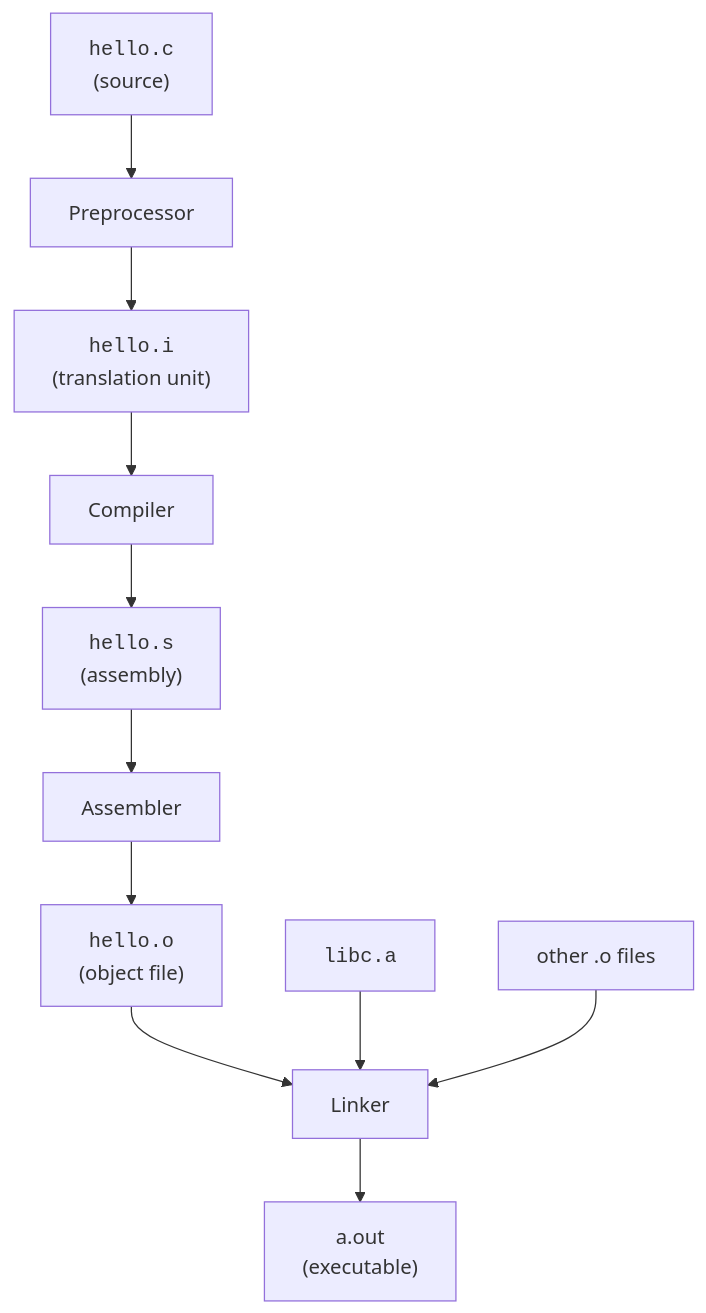
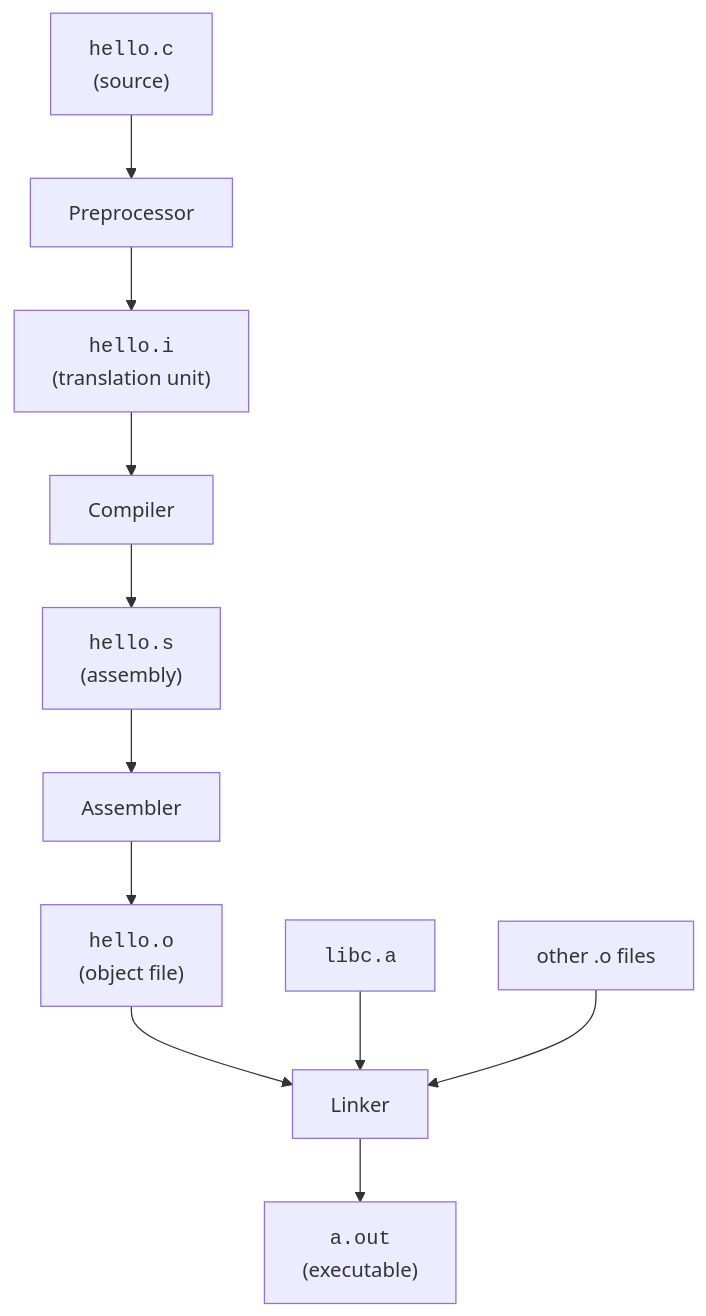
Before and after one commit to dataslope/dataslope: the diagram in content/courses/systems-programming-c/c-toolchain.mdx, drawn with Mermaid. The commit also changed 65 other files, not shown here.

First line of the commit message:
Set code in every mermaid label in the mono face

````diff
--- a/content/courses/systems-programming-c/c-toolchain.mdx
+++ b/content/courses/systems-programming-c/c-toolchain.mdx
@@ -18,13 +18,13 @@
 ```mermaid
 flowchart TD
     A["<code>hello.c</code><br/>(source)"] --> B[Preprocessor]
     B --> C["<code>hello.i</code><br/>(translation unit)"]
     C --> D[Compiler]
     D --> E["<code>hello.s</code><br/>(assembly)"]
     E --> F[Assembler]
     F --> G["<code>hello.o</code><br/>(object file)"]
     G --> H[Linker]
     I["<code>libc.a</code>"] --> H
     J["other .o files"] --> H
-    H --> K["a.out<br/>(executable)"]
+    H --> K["<code>a.out</code><br/>(executable)"]
 ```
````
